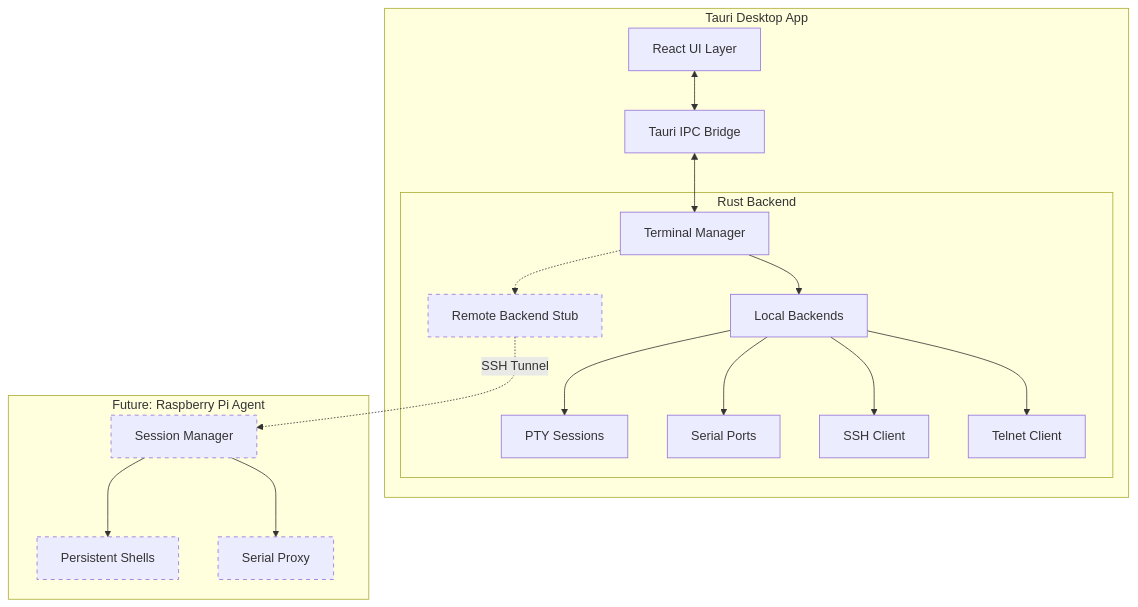
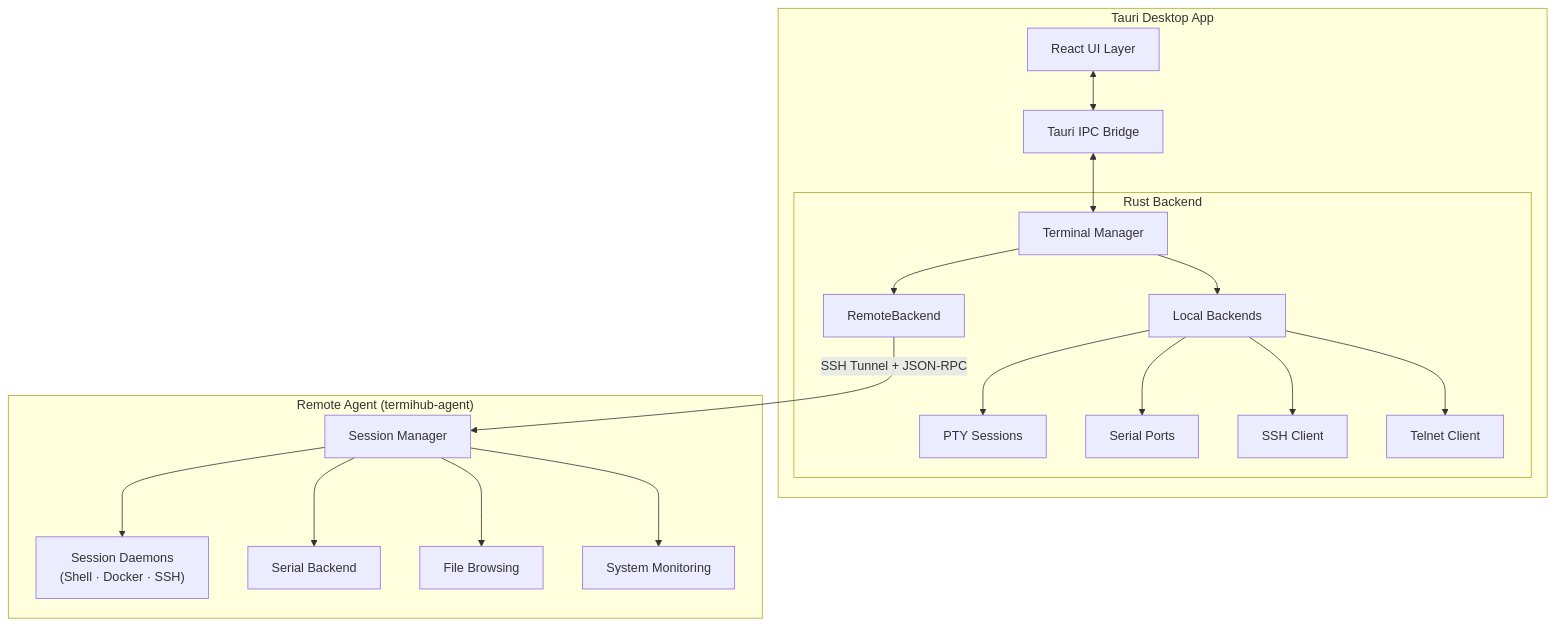
One commit to armaxri/termiHub changed the third of 17 diagrams in docs/architecture.md. Above: the diagram before and after it, drawn with Mermaid. The commit also changed other lines of this file, not shown here.

First line of the commit message:
docs(architecture): consolidate agent phase docs into main architecture

````diff
--- a/docs/architecture.md
+++ b/docs/architecture.md
@@ -185,36 +188,33 @@
 ```mermaid
 graph TB
     subgraph "Tauri Desktop App"
         UI[React UI Layer]
         IPC[Tauri IPC Bridge]
 
         subgraph "Rust Backend"
             TM[Terminal Manager]
             LB[Local Backends]
-            RB[Remote Backend Stub]
+            RB[RemoteBackend]
 
             LB --> PTY[PTY Sessions]
             LB --> SERIAL[Serial Ports]
             LB --> SSH[SSH Client]
             LB --> TELNET[Telnet Client]
         end
     end
 
-    subgraph "Future: Raspberry Pi Agent"
-        AGENT[Session Manager]
-        AGENT --> SHELLS[Persistent Shells]
-        AGENT --> SERIAL_PROXY[Serial Proxy]
+    subgraph "Remote Agent (termihub-agent)"
+        SM[Session Manager]
+        SM --> DAEMONS["Session Daemons<br/>(Shell · Docker · SSH)"]
+        SM --> SERIAL_B[Serial Backend]
+        SM --> FILES[File Browsing]
+        SM --> MON[System Monitoring]
     end
 
     UI <--> IPC
     IPC <--> TM
     TM --> LB
-    TM -.-> RB
+    TM --> RB
 
-    RB -.->|SSH Tunnel| AGENT
-
-    style RB stroke-dasharray: 5 5
-    style AGENT stroke-dasharray: 5 5
-    style SHELLS stroke-dasharray: 5 5
-    style SERIAL_PROXY stroke-dasharray: 5 5
+    RB -->|SSH Tunnel + JSON-RPC| SM
 ```
````
